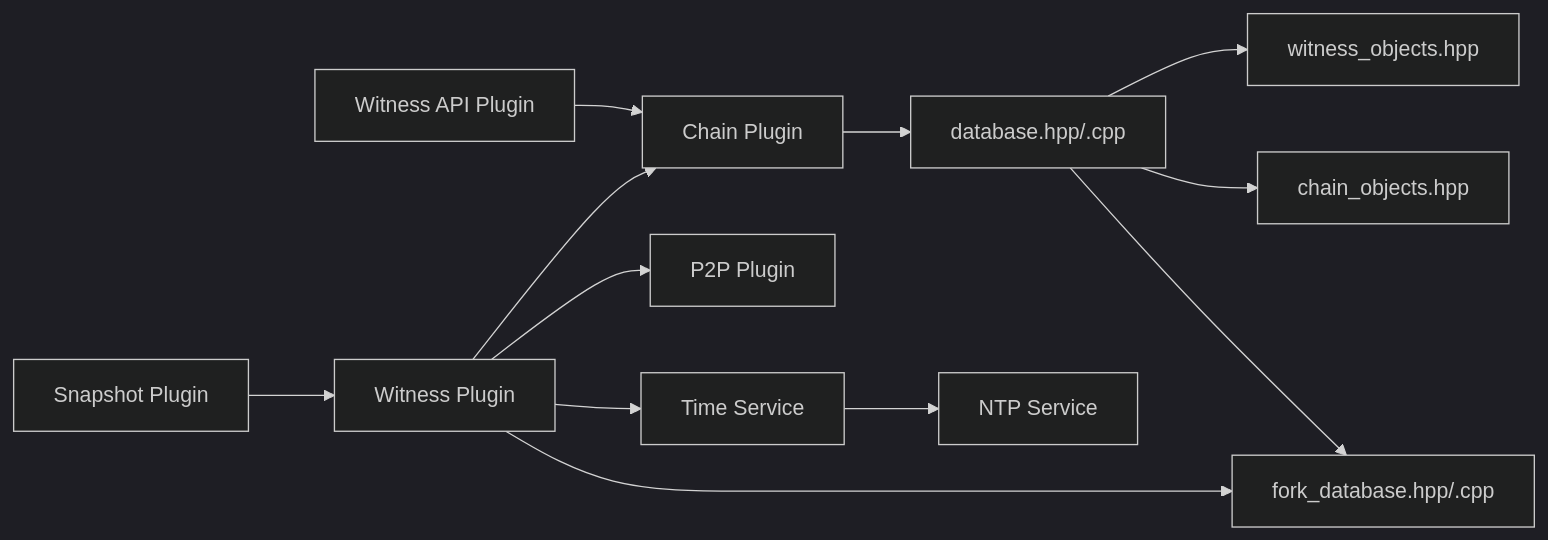
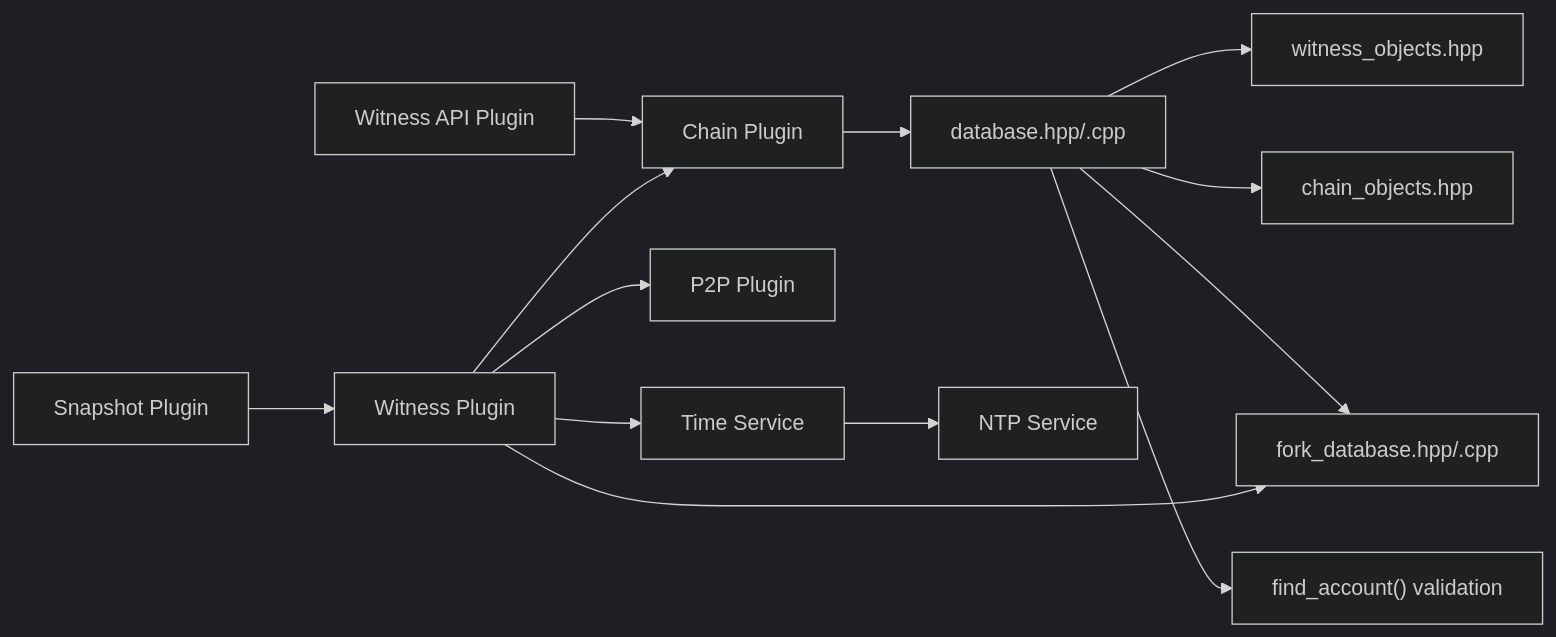
The eighth of 8 diagrams in .qoder/repowiki/en/content/Witness.md (VIZ-Blockchain/viz-cpp-node), drawn with Mermaid (dark theme) before and after one commit. The commit also changed other lines of this file and 7 other files, not shown here.

````diff
--- a/.qoder/repowiki/en/content/Witness.md
+++ b/.qoder/repowiki/en/content/Witness.md
@@ -529,14 +598,15 @@
 ```mermaid
 graph LR
 WITNESS["Witness Plugin"] --> CHAIN["Chain Plugin"]
 WITNESS --> P2P["P2P Plugin"]
 WITNESS --> TIME["Time Service"]
 WITNESS --> FORK_DB["Fork Database"]
 WAPI["Witness API Plugin"] --> CHAIN
 SNAPSHOT["Snapshot Plugin"] --> WITNESS
 CHAIN --> DB["database.hpp/.cpp"]
 DB --> WITNESS_OBJ["witness_objects.hpp"]
 DB --> BPV_OBJ["chain_objects.hpp"]
 DB --> FORK_DB["fork_database.hpp/.cpp"]
+DB --> FIND_ACCOUNT["find_account() validation"]
 TIME --> NTP["NTP Service"]
 ```
````
